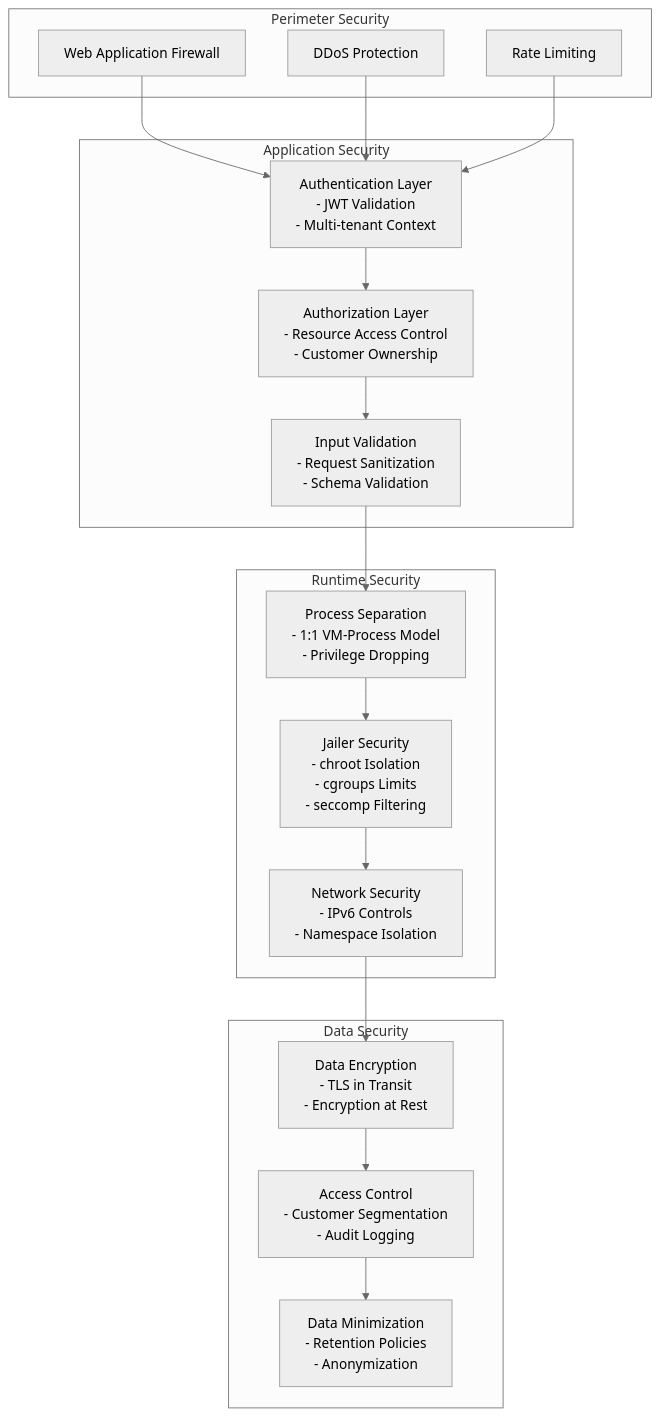
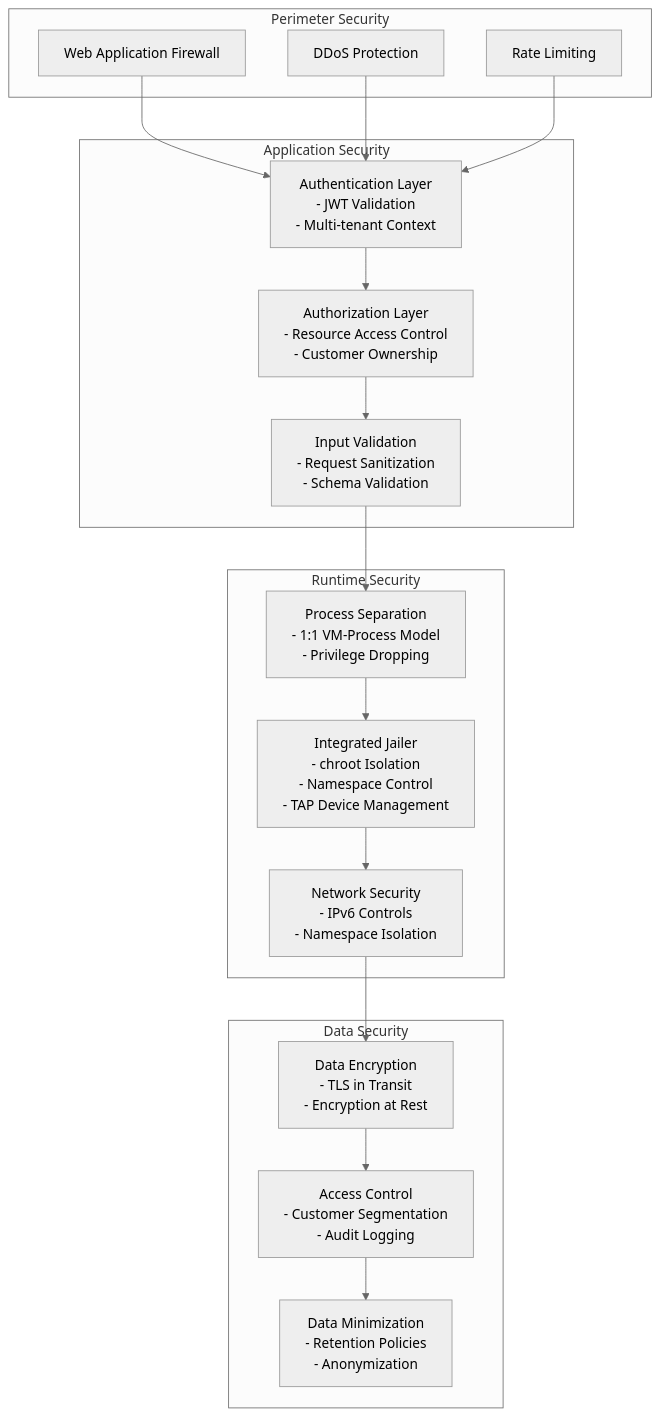
One commit to unkeyed/unkey changed the ninth of 10 diagrams in go/deploy/metald/docs/architecture/overview.md. Above: the diagram before and after it, drawn with Mermaid (neutral theme). The commit also changed other lines of this file and 298 other files, not shown here.

````diff
--- a/go/deploy/metald/docs/architecture/overview.md
+++ b/go/deploy/metald/docs/architecture/overview.md
@@ -401,41 +430,41 @@
 ```mermaid
 graph TB
     subgraph "Perimeter Security"
         WAF[Web Application Firewall]
         DDoS[DDoS Protection]
         RateLimit[Rate Limiting]
     end
     
     subgraph "Application Security"
         Authentication[Authentication Layer<br/>- JWT Validation<br/>- Multi-tenant Context]
         Authorization[Authorization Layer<br/>- Resource Access Control<br/>- Customer Ownership]
         InputValidation[Input Validation<br/>- Request Sanitization<br/>- Schema Validation]
     end
     
     subgraph "Runtime Security"
         ProcessSeparation[Process Separation<br/>- 1:1 VM-Process Model<br/>- Privilege Dropping]
-        JailerSecurity[Jailer Security<br/>- chroot Isolation<br/>- cgroups Limits<br/>- seccomp Filtering]
+        JailerSecurity[Integrated Jailer<br/>- chroot Isolation<br/>- Namespace Control<br/>- TAP Device Management]
         NetworkSecurity[Network Security<br/>- IPv6 Controls<br/>- Namespace Isolation]
     end
     
     subgraph "Data Security"
         Encryption[Data Encryption<br/>- TLS in Transit<br/>- Encryption at Rest]
         AccessControl[Access Control<br/>- Customer Segmentation<br/>- Audit Logging]
         DataMinimization[Data Minimization<br/>- Retention Policies<br/>- Anonymization]
     end
     
     WAF --> Authentication
     DDoS --> Authentication
     RateLimit --> Authentication
     
     Authentication --> Authorization
     Authorization --> InputValidation
     
     InputValidation --> ProcessSeparation
     ProcessSeparation --> JailerSecurity
     JailerSecurity --> NetworkSecurity
     
     NetworkSecurity --> Encryption
     Encryption --> AccessControl
     AccessControl --> DataMinimization
 ```
````
